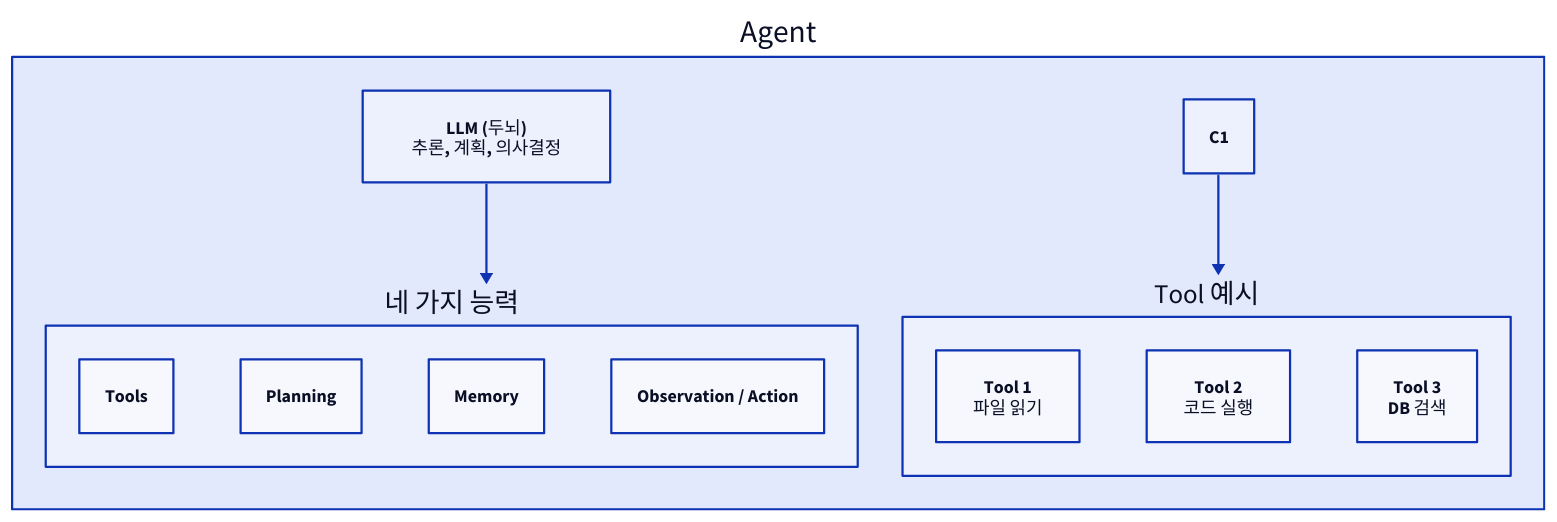
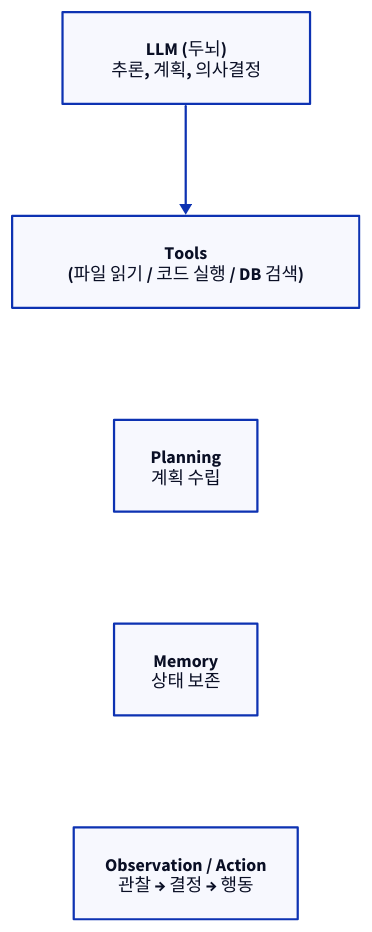
Before and after one commit to humbleowl39/DV_SKOOL: the third of 8 diagrams in topics/ai_engineering/docs/05_agent_architecture.md, drawn with D2. The commit also changed other lines of this file and 90 other files, not shown here.

First line of the commit message:
docs: 전 토픽 다이어그램 정비 — ASCII→D2, mermaid→D2, 과대 D2 가시성 수정

````diff
--- a/topics/ai_engineering/docs/05_agent_architecture.md
+++ b/topics/ai_engineering/docs/05_agent_architecture.md
@@ -218,23 +218,13 @@
 ```d2
 direction: down
 
-AG: "Agent" {
-  direction: down
-  L: "LLM (두뇌)\n추론, 계획, 의사결정"
-  CAPS: "네 가지 능력" {
-    direction: right
-    C1: "Tools"
-    C2: "Planning"
-    C3: "Memory"
-    C4: "Observation / Action"
-  }
-  TOOLS: "Tool 예시" {
-    direction: right
-    T1: "Tool 1\n파일 읽기"
-    T2: "Tool 2\n코드 실행"
-    T3: "Tool 3\nDB 검색"
-  }
-  L -> CAPS
-  C1 -> TOOLS
-}
+L: "LLM (두뇌)\n추론, 계획, 의사결정"
+C1: "Tools\n(파일 읽기 / 코드 실행 / DB 검색)"
+C2: "Planning\n계획 수립"
+C3: "Memory\n상태 보존"
+C4: "Observation / Action\n관찰 → 결정 → 행동"
+L -> C1
+C1 -> C2: { style.opacity: 0.0 }
+C2 -> C3: { style.opacity: 0.0 }
+C3 -> C4: { style.opacity: 0.0 }
 ```
````
